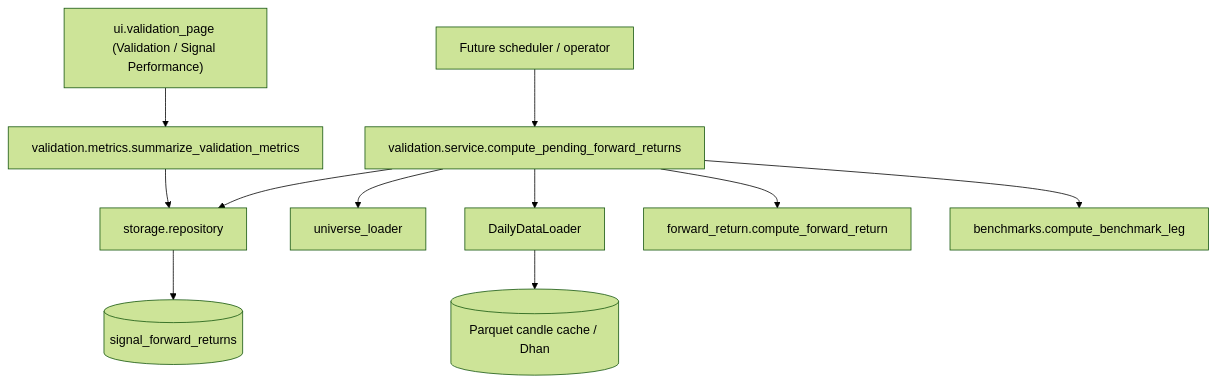
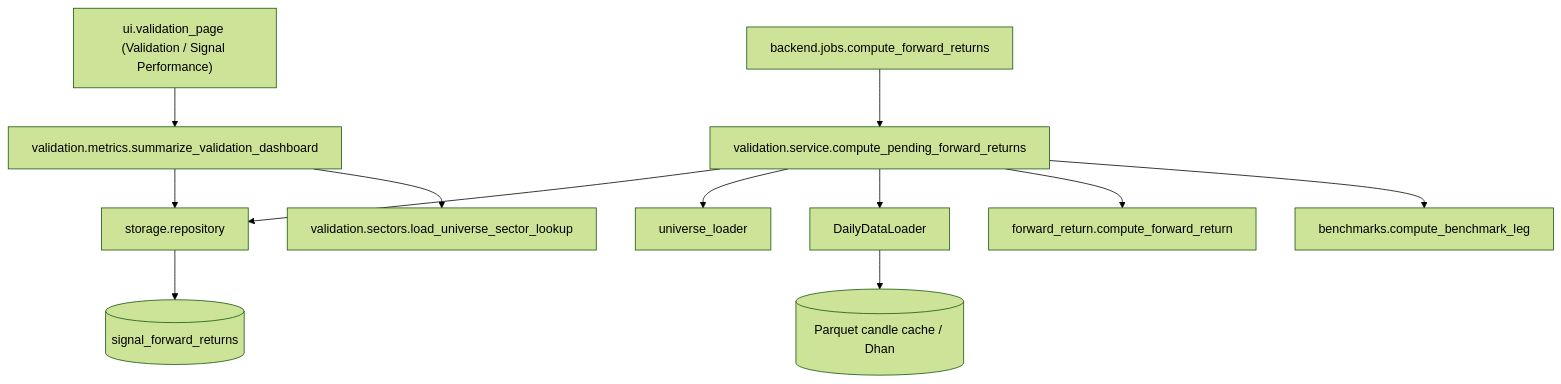
Before and after one commit to DoRmAmMu1997/Streamlit-Scanner-App: the diagram in docs/architecture/components/validation.md, drawn with Mermaid (forest theme). The commit also changed other lines of this file and 14 other files, not shown here.

Commit message:
feat: add VALID-004 validation job and dashboard analytics

````diff
--- a/docs/architecture/components/validation.md
+++ b/docs/architecture/components/validation.md
@@ -24,13 +34,14 @@
 ```mermaid
 flowchart TD
-    JOB["Future scheduler / operator"] --> SVC["validation.service.compute_pending_forward_returns"]
+    JOB["backend.jobs.compute_forward_returns"] --> SVC["validation.service.compute_pending_forward_returns"]
     SVC --> REPO["storage.repository"]
     REPO --> DB[("signal_forward_returns")]
-    VIEW["ui.validation_page (Validation / Signal Performance)"] --> METRICS["validation.metrics.summarize_validation_metrics"]
+    VIEW["ui.validation_page (Validation / Signal Performance)"] --> METRICS["validation.metrics.summarize_validation_dashboard"]
     METRICS --> REPO
+    METRICS --> SECTORS["validation.sectors.load_universe_sector_lookup"]
     SVC --> UNI["universe_loader"]
     SVC --> DATA["DailyDataLoader"]
     DATA --> CACHE[("Parquet candle cache / Dhan")]
     SVC --> CALC["forward_return.compute_forward_return"]
     SVC --> BENCH["benchmarks.compute_benchmark_leg"]
 ```
````
